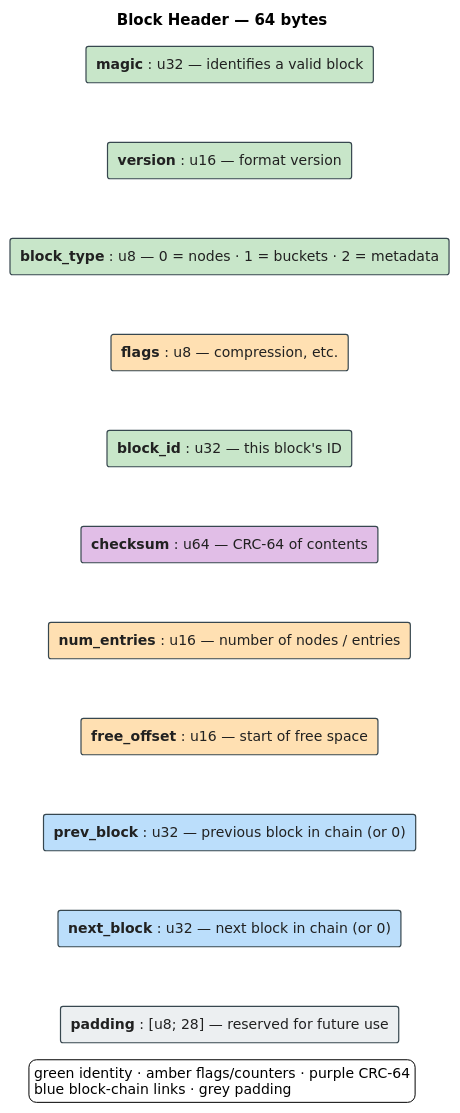
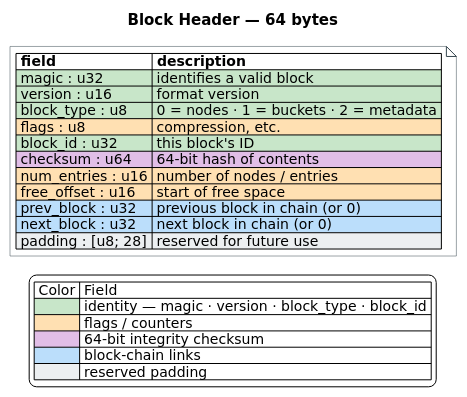
One commit to vinary-tree/libdictenstein changed the diagram in docs/diagrams/src/part-block-header.puml. Above: the diagram before and after it, drawn with PlantUML. The commit also changed 80 other files, not shown here.

First line of the commit message:
docs: diagram contiguity/swatch overhaul + persistence-doc correctness review

```diff
--- a/docs/diagrams/src/part-block-header.puml
+++ b/docs/diagrams/src/part-block-header.puml
@@ -1,52 +1,51 @@
 @startuml part-block-header
 ' ============================================================================
 ' part-block-header.puml — the 64-byte on-disk Block Header (persistent ART).
 ' Source: docs/theory/disk-tries/04-persistent-art.md, § Block Layout.
-' Replaces the ASCII struct-field box with a compact, colored, viewBox'd byte-field.
+' Drawn as a CONTIGUOUS colored field table (field:type + description columns)
+' hosted in a floating note; rows share borders (no gaps). Full-cell color via
+' Creole |<#hex>| cells. NOTE: the source gives no authoritative byte offsets
+' (field sizes sum to 60, not the titled 64) — so no offset column is fabricated.
 ' Color key:  green  #C8E6C9  identity (magic, version, block_type, block_id)
 '             amber  #FFE0B2  flags / counters (flags, num_entries, free_offset)
-'             purple #E1BEE7  integrity (CRC-64 checksum)
+'             purple #E1BEE7  integrity (64-bit checksum)
 '             blue   #BBDEFB  block-chain links (prev / next)
 '             grey   #ECEFF1  reserved padding
 ' ============================================================================
 skinparam defaultFontSize 14
 skinparam shadowing false
 skinparam backgroundColor #FFFFFF
 skinparam defaultFontName "DejaVu Sans"
-skinparam rectangle {
+skinparam TitleFontSize 15
+skinparam noteFontSize 14
+skinparam note {
+  BackgroundColor #FFFFFF
   BorderColor #37474F
-  FontColor #212121
-  BorderThickness 1.2
 }
-skinparam TitleFontSize 15
 
 title Block Header — 64 bytes
 
-rectangle "**magic** : u32 — identifies a valid block" as R0 #C8E6C9
-rectangle "**version** : u16 — format version" as R1 #C8E6C9
-rectangle "**block_type** : u8 — 0 = nodes · 1 = buckets · 2 = metadata" as R2 #C8E6C9
-rectangle "**flags** : u8 — compression, etc." as R3 #FFE0B2
-rectangle "**block_id** : u32 — this block's ID" as R4 #C8E6C9
-rectangle "**checksum** : u64 — CRC-64 of contents" as R5 #E1BEE7
-rectangle "**num_entries** : u16 — number of nodes / entries" as R6 #FFE0B2
-rectangle "**free_offset** : u16 — start of free space" as R7 #FFE0B2
-rectangle "**prev_block** : u32 — previous block in chain (or 0)" as R8 #BBDEFB
-rectangle "**next_block** : u32 — next block in chain (or 0)" as R9 #BBDEFB
-rectangle "**padding** : [u8; 28] — reserved for future use" as R10 #ECEFF1
-
-R0 -[hidden]down- R1
-R1 -[hidden]down- R2
-R2 -[hidden]down- R3
-R3 -[hidden]down- R4
-R4 -[hidden]down- R5
-R5 -[hidden]down- R6
-R6 -[hidden]down- R7
-R7 -[hidden]down- R8
-R8 -[hidden]down- R9
-R9 -[hidden]down- R10
+note as BH
+|= field |= description |
+|<#C8E6C9> magic : u32 |<#C8E6C9> identifies a valid block |
+|<#C8E6C9> version : u16 |<#C8E6C9> format version |
+|<#C8E6C9> block_type : u8 |<#C8E6C9> 0 = nodes · 1 = buckets · 2 = metadata |
+|<#FFE0B2> flags : u8 |<#FFE0B2> compression, etc. |
+|<#C8E6C9> block_id : u32 |<#C8E6C9> this block's ID |
+|<#E1BEE7> checksum : u64 |<#E1BEE7> 64-bit hash of contents |
+|<#FFE0B2> num_entries : u16 |<#FFE0B2> number of nodes / entries |
+|<#FFE0B2> free_offset : u16 |<#FFE0B2> start of free space |
+|<#BBDEFB> prev_block : u32 |<#BBDEFB> previous block in chain (or 0) |
+|<#BBDEFB> next_block : u32 |<#BBDEFB> next block in chain (or 0) |
+|<#ECEFF1> padding : [u8; 28] |<#ECEFF1> reserved for future use |
+end note
 
 legend bottom
-  green identity · amber flags/counters · purple CRC-64
-  blue block-chain links · grey padding
+| Color | Field |
+|<#C8E6C9>| identity — magic · version · block_type · block_id |
+|<#FFE0B2>| flags / counters |
+|<#E1BEE7>| 64-bit integrity checksum |
+|<#BBDEFB>| block-chain links |
+|<#ECEFF1>| reserved padding |
 endlegend
 @enduml
```
